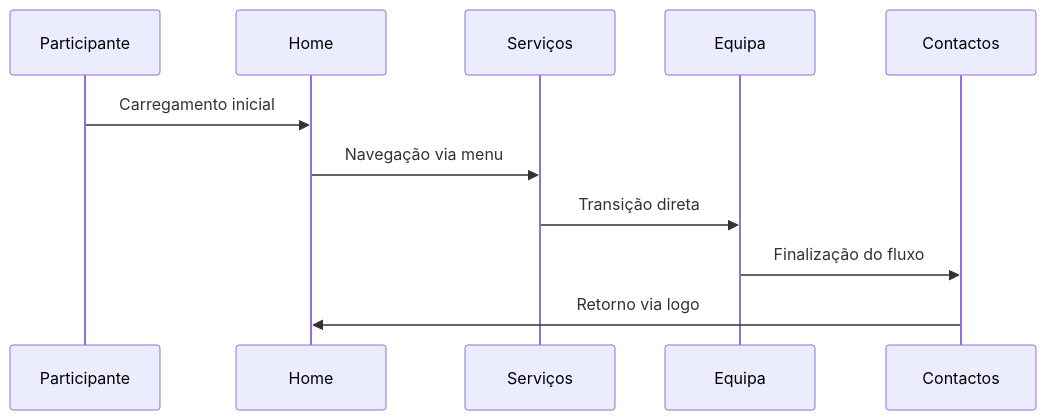
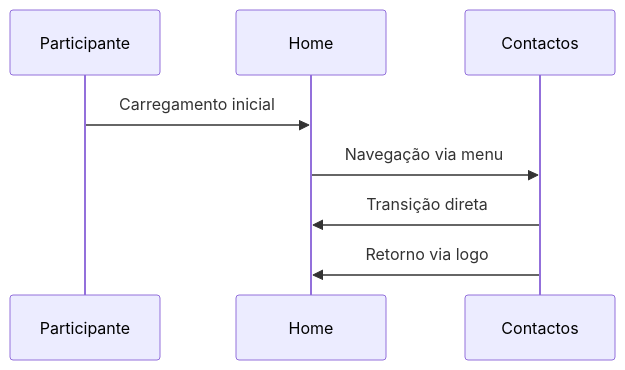
Before and after one commit to inf24tig39/inf24tig39: the diagram in doc/c4.md, drawn with Mermaid.

Commit message:
Fix navigation flow in Chapter 4 presentation sequence diagram for accuracy

````diff
--- a/doc/c4.md
+++ b/doc/c4.md
@@ -14,8 +14,7 @@
      ```mermaid
      sequenceDiagram
          Participante->>Home: Carregamento inicial
-         Home->>Serviços: Navegação via menu
-         Serviços->>Equipa: Transição direta
-         Equipa->>Contactos: Finalização do fluxo
+         Home->>Contactos: Navegação via menu
+         Contactos->>Home : Transição direta
          Contactos->>Home: Retorno via logo
      ```
````
